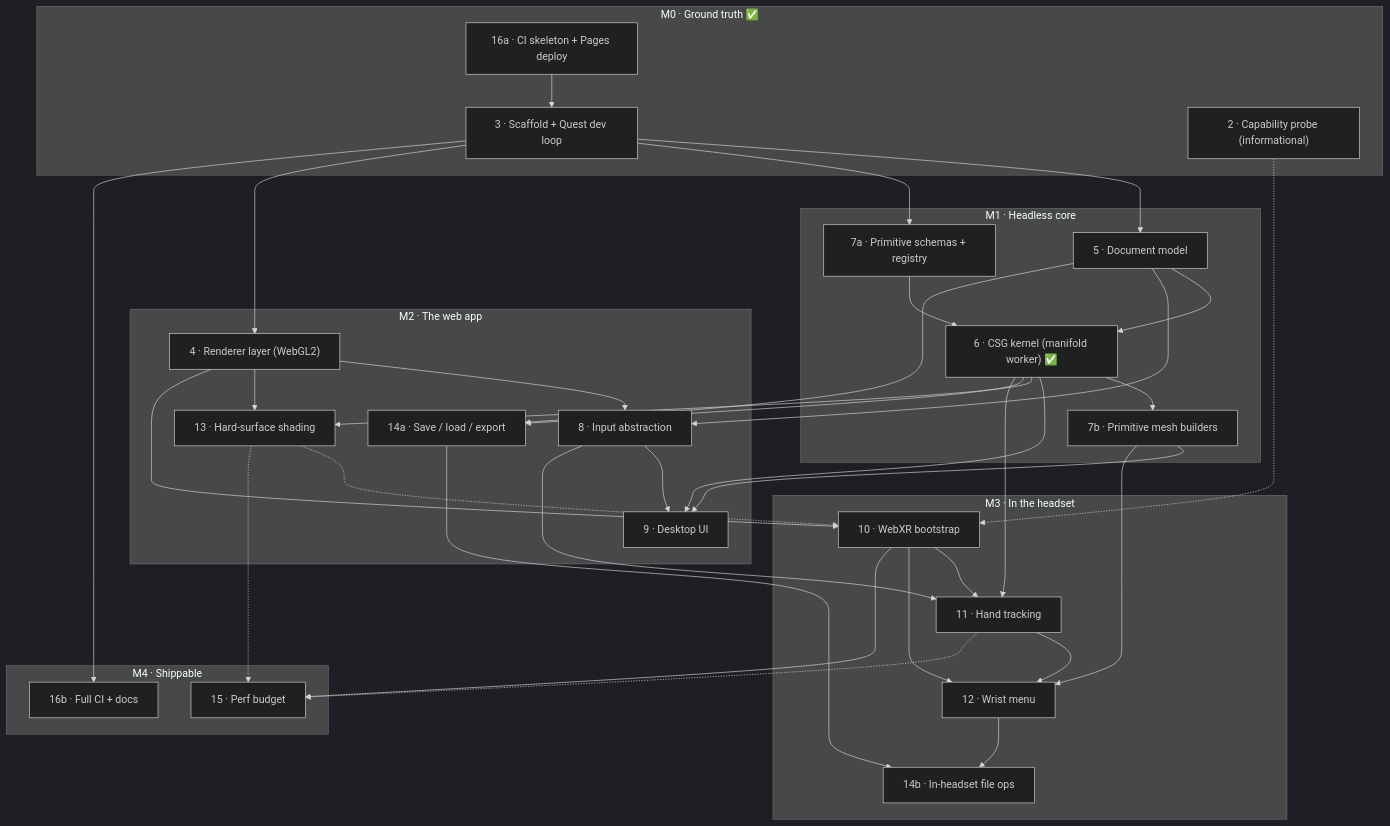
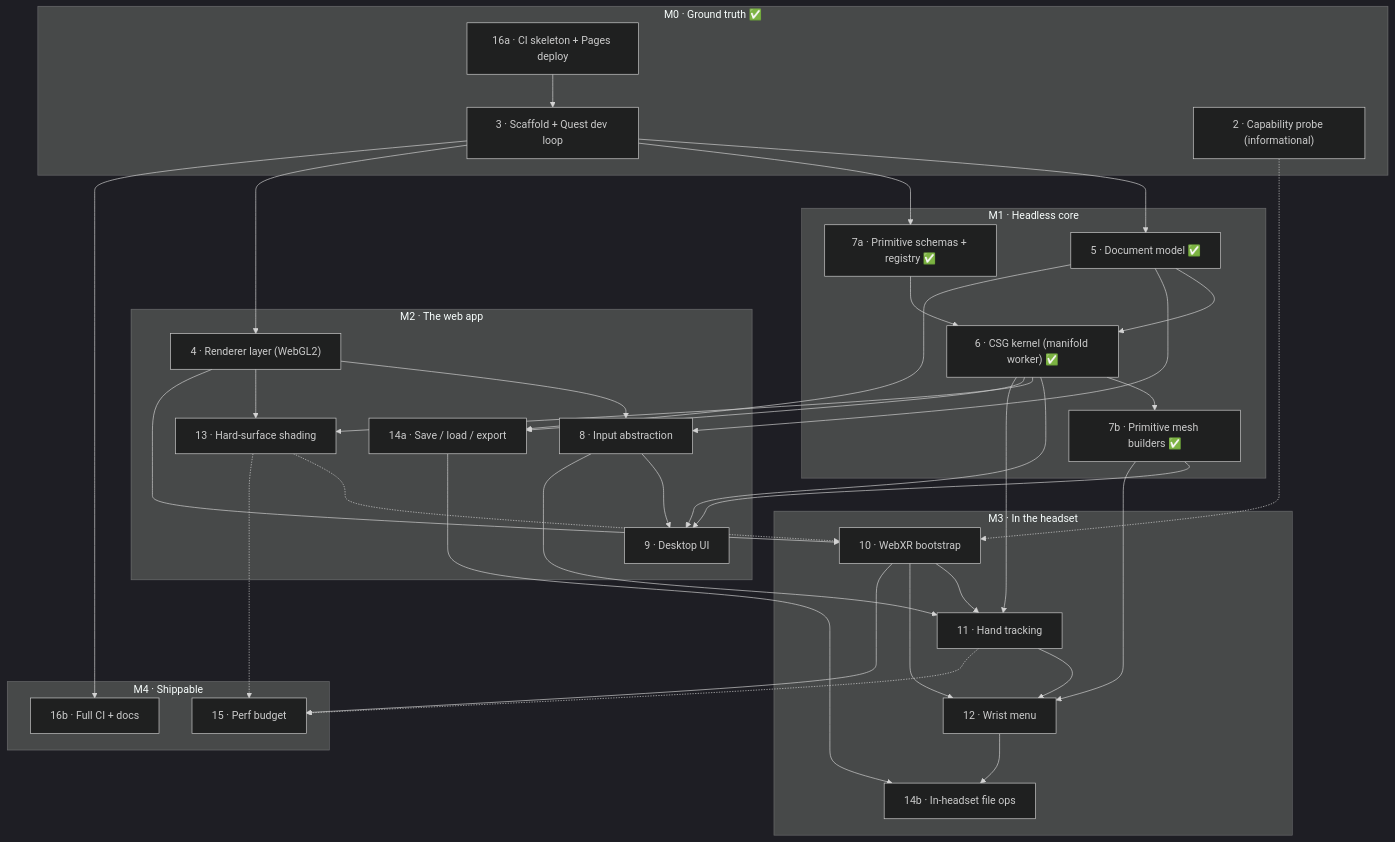
The diagram in docs/roadmap.md (kruddage/carve), drawn with Mermaid (dark theme) before and after one commit. The commit also changed other lines of this file and 13 other files, not shown here.

First line of the commit message:
feat(kernel): primitive mesh builders and 3D preview thumbnails (#7) (#29)

````diff
--- a/docs/roadmap.md
+++ b/docs/roadmap.md
@@ -36,71 +36,71 @@
 ```mermaid
 graph TD
     subgraph M0["M0 · Ground truth ✅"]
         I16a["16a · CI skeleton + Pages deploy"]
         I3["3 · Scaffold + Quest dev loop"]
         I2["2 · Capability probe (informational)"]
     end
 
     subgraph M1["M1 · Headless core"]
-        I5["5 · Document model"]
-        I7a["7a · Primitive schemas + registry"]
+        I5["5 · Document model ✅"]
+        I7a["7a · Primitive schemas + registry ✅"]
         I6["6 · CSG kernel (manifold worker) ✅"]
-        I7b["7b · Primitive mesh builders"]
+        I7b["7b · Primitive mesh builders ✅"]
     end
 
     subgraph M2["M2 · The web app"]
         I4["4 · Renderer layer (WebGL2)"]
         I8["8 · Input abstraction"]
         I9["9 · Desktop UI"]
         I13["13 · Hard-surface shading"]
         I14a["14a · Save / load / export"]
     end
 
     subgraph M3["M3 · In the headset"]
         I10["10 · WebXR bootstrap"]
         I11["11 · Hand tracking"]
         I12["12 · Wrist menu"]
         I14b["14b · In-headset file ops"]
     end
 
     subgraph M4["M4 · Shippable"]
         I15["15 · Perf budget"]
         I16b["16b · Full CI + docs"]
     end
 
     I16a --> I3
     I3 --> I5
     I3 --> I7a
     I3 --> I4
     I3 --> I16b
 
     I5 --> I6
     I7a --> I6
     I6 --> I7b
 
     I5 --> I8
     I4 --> I8
     I6 --> I9
     I7b --> I9
     I8 --> I9
     I4 --> I13
     I6 --> I13
     I5 --> I14a
     I6 --> I14a
 
     I4 --> I10
     I2 -.-> I10
     I6 --> I11
     I8 --> I11
     I10 --> I11
     I7b --> I12
     I10 --> I12
     I11 --> I12
     I12 --> I14b
     I14a --> I14b
     I13 -.-> I10
 
     I10 --> I15
     I11 -.-> I15
     I13 -.-> I15
 ```
````
